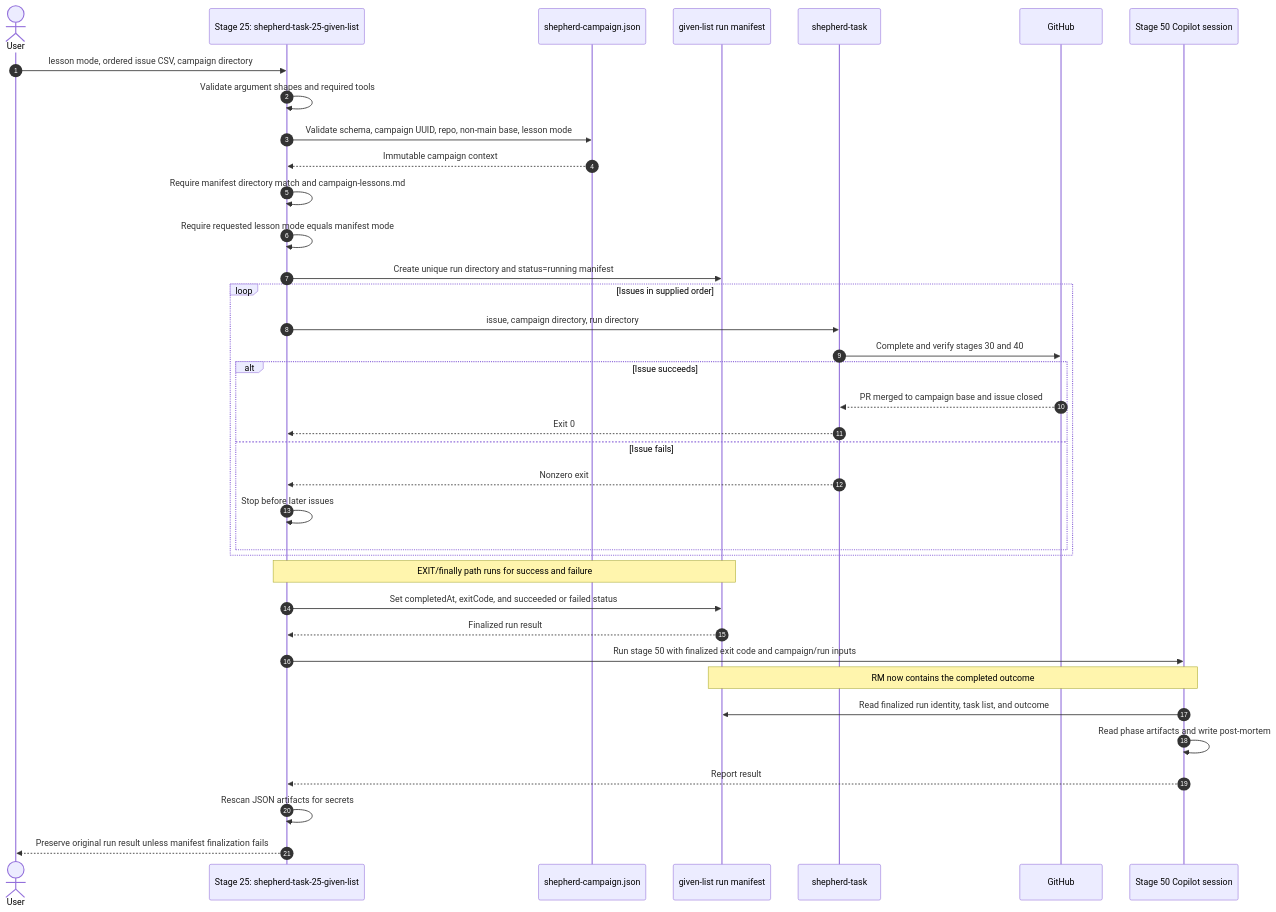
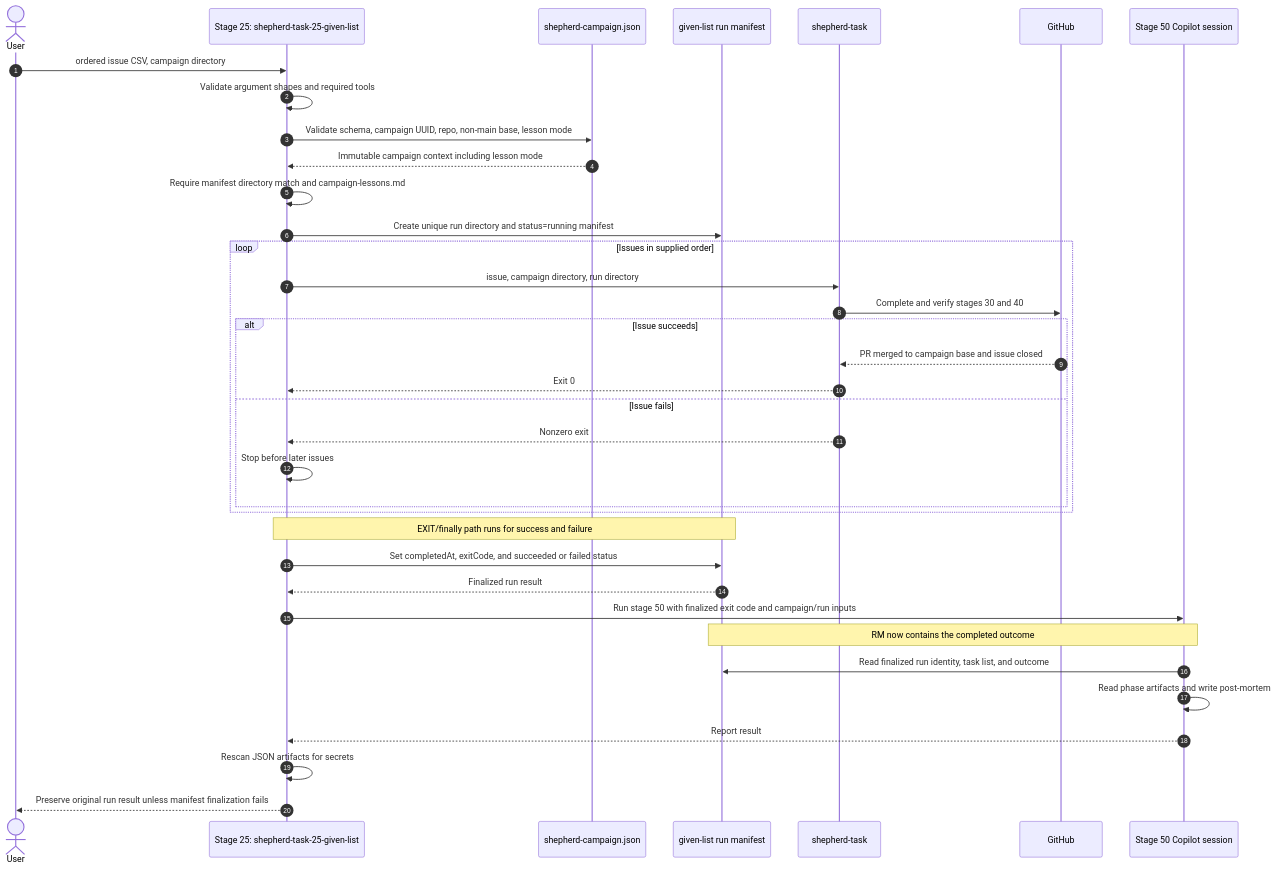
The diagram in plugins/shepherd-task/figure-01-shepherd-task-25-given-list.md (github/awesome-copilot), drawn with Mermaid before and after one commit.

Commit message:
Align Stage 25 diagram with manifest inputs

Copilot-Session: ee3b3d65-a828-4ded-a757-e5f978303649

````diff
--- a/plugins/shepherd-task/figure-01-shepherd-task-25-given-list.md
+++ b/plugins/shepherd-task/figure-01-shepherd-task-25-given-list.md
@@ -8,42 +8,41 @@
 ```mermaid
 sequenceDiagram
     autonumber
     actor User
     participant GL as Stage 25: shepherd-task-25-given-list
     participant CM as shepherd-campaign.json
     participant RM as given-list run manifest
     participant ST as shepherd-task
     participant GH as GitHub
     participant PM as Stage 50 Copilot session
 
-    User->>GL: lesson mode, ordered issue CSV, campaign directory
+    User->>GL: ordered issue CSV, campaign directory
     GL->>GL: Validate argument shapes and required tools
     GL->>CM: Validate schema, campaign UUID, repo, non-main base, lesson mode
-    CM-->>GL: Immutable campaign context
+    CM-->>GL: Immutable campaign context including lesson mode
     GL->>GL: Require manifest directory match and campaign-lessons.md
-    GL->>GL: Require requested lesson mode equals manifest mode
     GL->>RM: Create unique run directory and status=running manifest
 
     loop Issues in supplied order
         GL->>ST: issue, campaign directory, run directory
         ST->>GH: Complete and verify stages 30 and 40
         alt Issue succeeds
             GH-->>ST: PR merged to campaign base and issue closed
             ST-->>GL: Exit 0
         else Issue fails
             ST-->>GL: Nonzero exit
             GL->>GL: Stop before later issues
         end
     end
 
     Note over GL,RM: EXIT/finally path runs for success and failure
     GL->>RM: Set completedAt, exitCode, and succeeded or failed status
     RM-->>GL: Finalized run result
     GL->>PM: Run stage 50 with finalized exit code and campaign/run inputs
     Note over PM,RM: RM now contains the completed outcome
     PM->>RM: Read finalized run identity, task list, and outcome
     PM->>PM: Read phase artifacts and write post-mortem
     PM-->>GL: Report result
     GL->>GL: Rescan JSON artifacts for secrets
     GL-->>User: Preserve original run result unless manifest finalization fails
 ```
````
